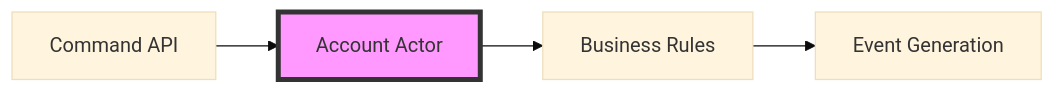
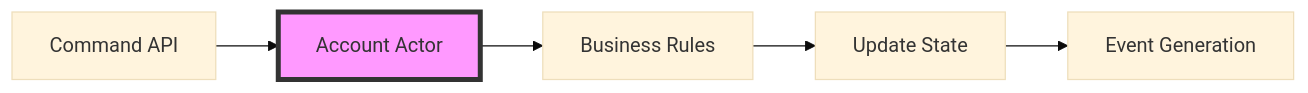
Before and after one commit to rzamoramx/core_banking_system_es_cqrs: the first of 2 diagrams in aggregates/README.md, drawn with Mermaid (base theme). The commit also changed other lines of this file and 2 other files, not shown here.

````diff
--- a/aggregates/README.md
+++ b/aggregates/README.md
@@ -27,7 +27,8 @@
 ```mermaid
 graph LR
     A[Command API] --> B[Account Actor]
     B --> C[Business Rules]
-    C --> D[Event Generation]
+    C --> D[Update State]
+    D --> E[Event Generation]
     style B fill:#f9f,stroke:#333,stroke-width:4px
 ```
````
